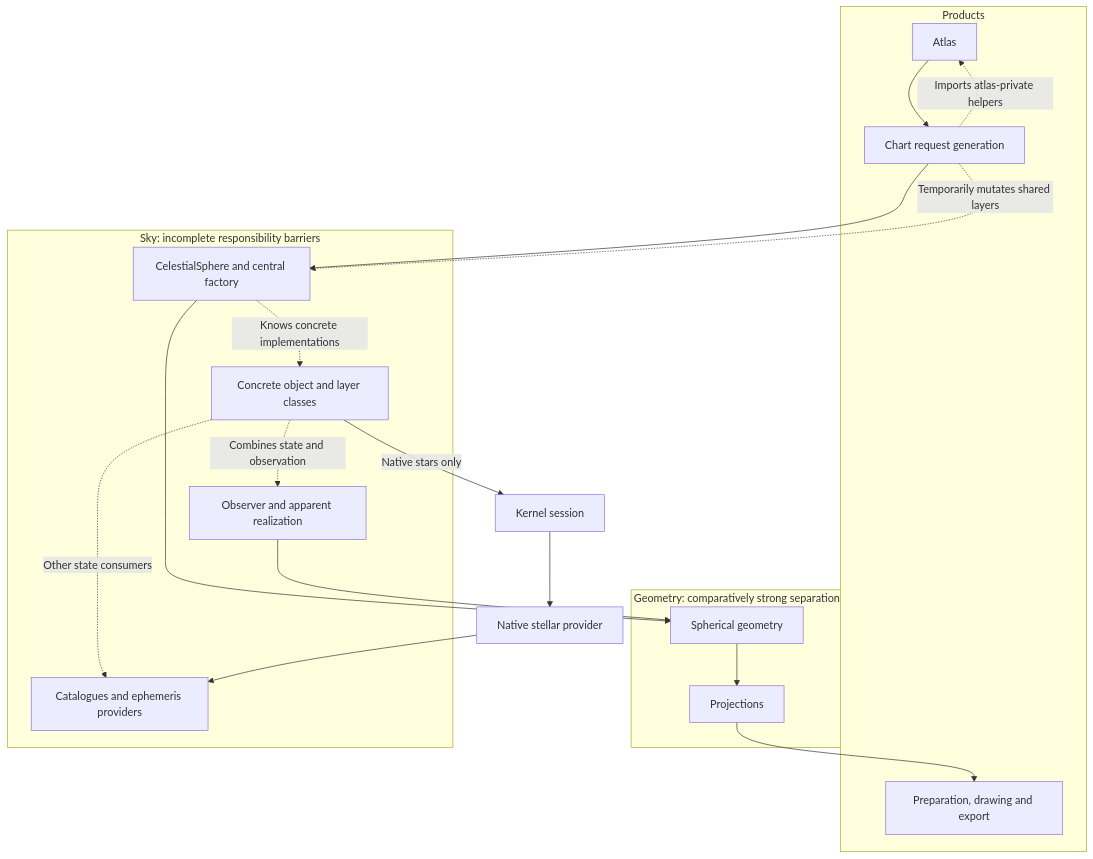
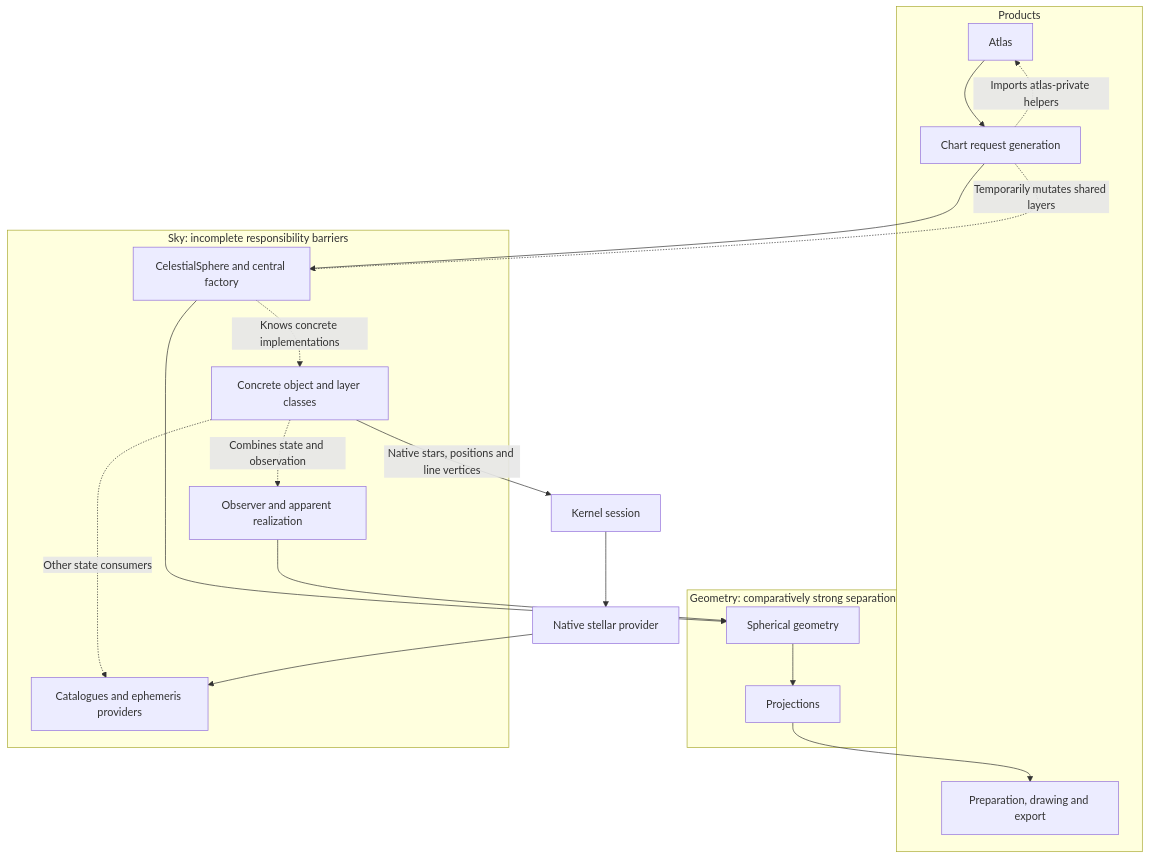
One commit to fselman/wenu changed the first of 2 diagrams in docs/developer/kernel_roadmap_v0.9.5.md. Above: the diagram before and after it, drawn with Mermaid. The commit also changed other lines of this file and 16 other files, not shown here.

First line of the commit message:
Route native stellar positions and constellation vertices through kernel

````diff
--- a/docs/developer/kernel_roadmap_v0.9.5.md
+++ b/docs/developer/kernel_roadmap_v0.9.5.md
@@ -74,32 +78,32 @@
 ```mermaid
 flowchart TB
     subgraph Products["Products"]
         A["Atlas"]
         C["Chart request generation"]
         R["Preparation, drawing and export"]
     end
     subgraph Geometry["Geometry: comparatively strong separation"]
         P["Projections"]
         G["Spherical geometry"]
     end
     subgraph Sky["Sky: incomplete responsibility barriers"]
         S["CelestialSphere and central factory"]
         L["Concrete object and layer classes"]
         O["Observer and apparent realization"]
         D["Catalogues and ephemeris providers"]
     end
     A --> C
     C -. "Imports atlas-private helpers" .-> A
     C --> S
     S --> G
     G --> P
     P --> R
     S -. "Knows concrete implementations" .-> L
     C -. "Temporarily mutates shared layers" .-> S
     L -. "Other state consumers" .-> D
-    L -->|"Native stars only"| K["Kernel session"]
+    L -->|"Native stars, positions and line vertices"| K["Kernel session"]
     K --> N["Native stellar provider"]
     N --> D
     L -. "Combines state and observation" .-> O
     O --> G
 ```
````
